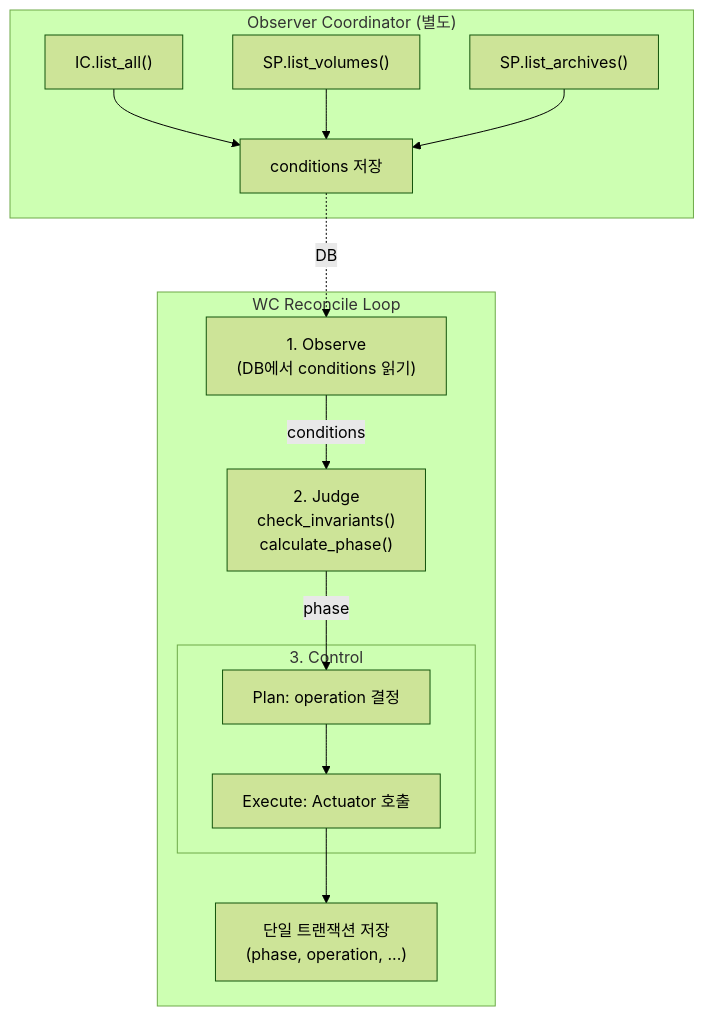
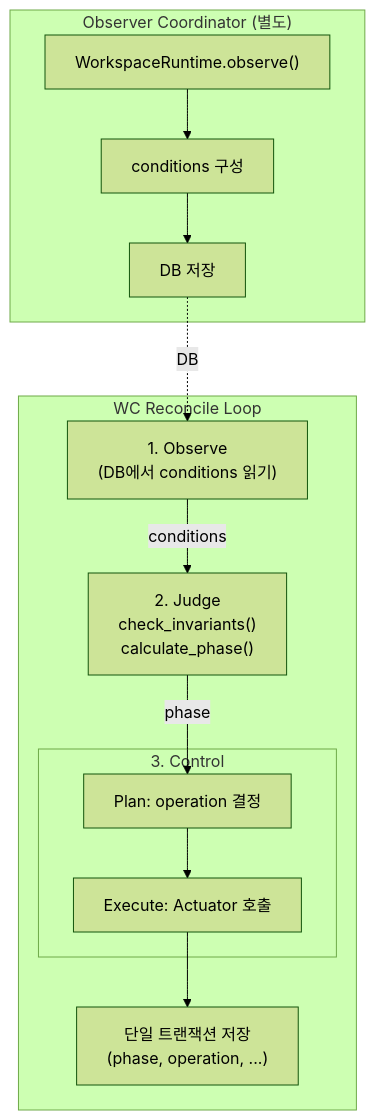
Before and after one commit to cagojeiger/code-hub: the first of 3 diagrams in docs/architecture/wc.md, drawn with Mermaid (forest theme). The commit also changed other lines of this file and 33 other files, not shown here.

First line of the commit message:
refactor(schema): rename op_id to archive_op_id

````diff
--- a/docs/architecture/wc.md
+++ b/docs/architecture/wc.md
@@ -26,32 +26,29 @@
 ```mermaid
 flowchart TB
     subgraph OBS_COORD["Observer Coordinator (별도)"]
-        IC["IC.list_all()"]
-        SPV["SP.list_volumes()"]
-        SPA["SP.list_archives()"]
-        SAVE_COND["conditions 저장"]
+        OBSERVE["WorkspaceRuntime.observe()"]
+        COND["conditions 구성"]
+        SAVE_COND["DB 저장"]
 
-        IC --> SAVE_COND
-        SPV --> SAVE_COND
-        SPA --> SAVE_COND
+        OBSERVE --> COND --> SAVE_COND
     end
 
     subgraph WC["WC Reconcile Loop"]
         OBS["1. Observe<br/>(DB에서 conditions 읽기)"]
         JUDGE["2. Judge<br/>check_invariants()<br/>calculate_phase()"]
 
         subgraph CTRL["3. Control"]
             PLAN["Plan: operation 결정"]
             EXEC["Execute: Actuator 호출"]
         end
 
         SAVE["단일 트랜잭션 저장<br/>(phase, operation, ...)"]
 
         OBS -->|conditions| JUDGE
         JUDGE -->|phase| PLAN
         PLAN --> EXEC
         EXEC --> SAVE
     end
 
     SAVE_COND -.->|DB| OBS
 ```
````
